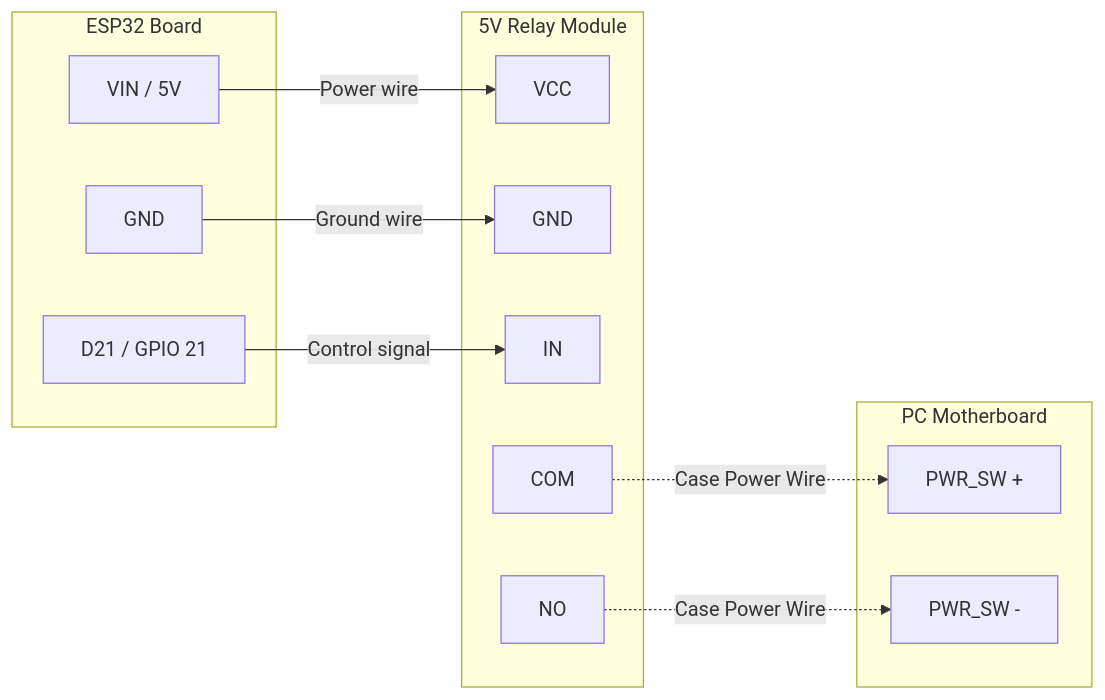
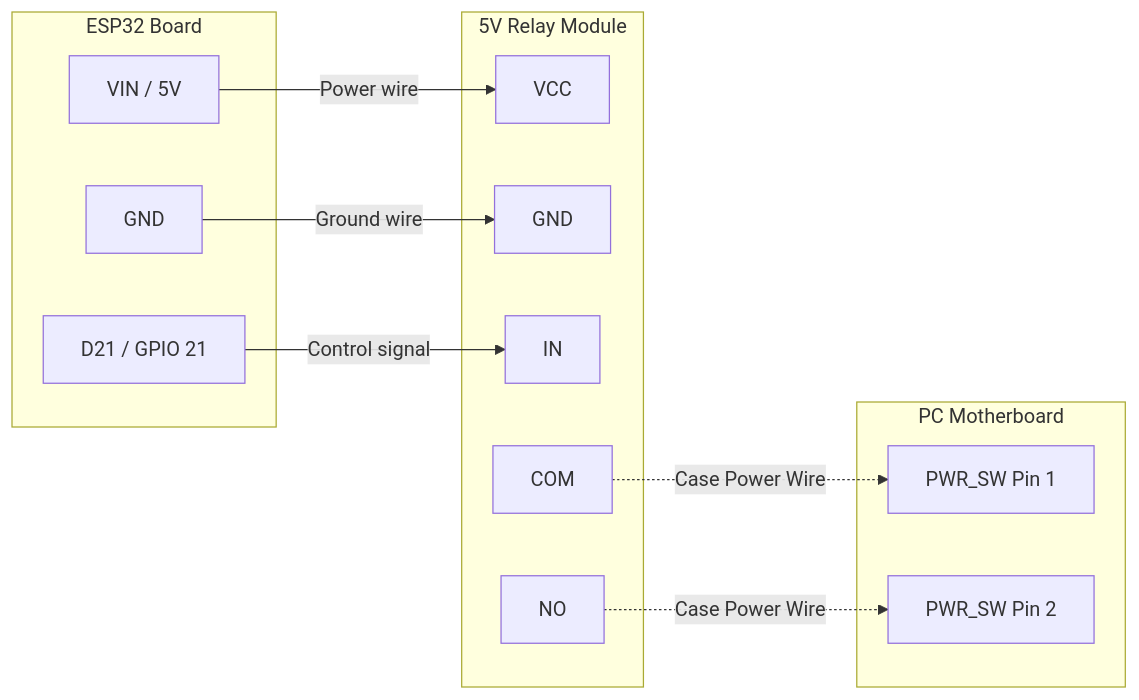
Before and after one commit to chetangoswami/esp32-sinricpro-smart-pc-power: the diagram in USER_GUIDE.md, drawn with Mermaid. The commit also changed other lines of this file and 1 other file, not shown here.

````diff
--- a/USER_GUIDE.md
+++ b/USER_GUIDE.md
@@ -48,28 +48,28 @@
 ```mermaid
 graph LR
     subgraph ESP32 Board
         VIN[VIN / 5V]
         GND1[GND]
         D21[D21 / GPIO 21]
     end
 
     subgraph 5V Relay Module
         VCC[VCC]
         GND2[GND]
         IN[IN]
         COM[COM]
         NO[NO]
     end
 
     subgraph PC Motherboard
-        PWR[PWR_SW +]
-        PWRG[PWR_SW -]
+        PWR[PWR_SW Pin 1]
+        PWRG[PWR_SW Pin 2]
     end
 
     VIN -->|Power wire| VCC
     GND1 -->|Ground wire| GND2
     D21 -->|Control signal| IN
 
     COM -.->|Case Power Wire| PWR
     NO -.->|Case Power Wire| PWRG
 ```
````
